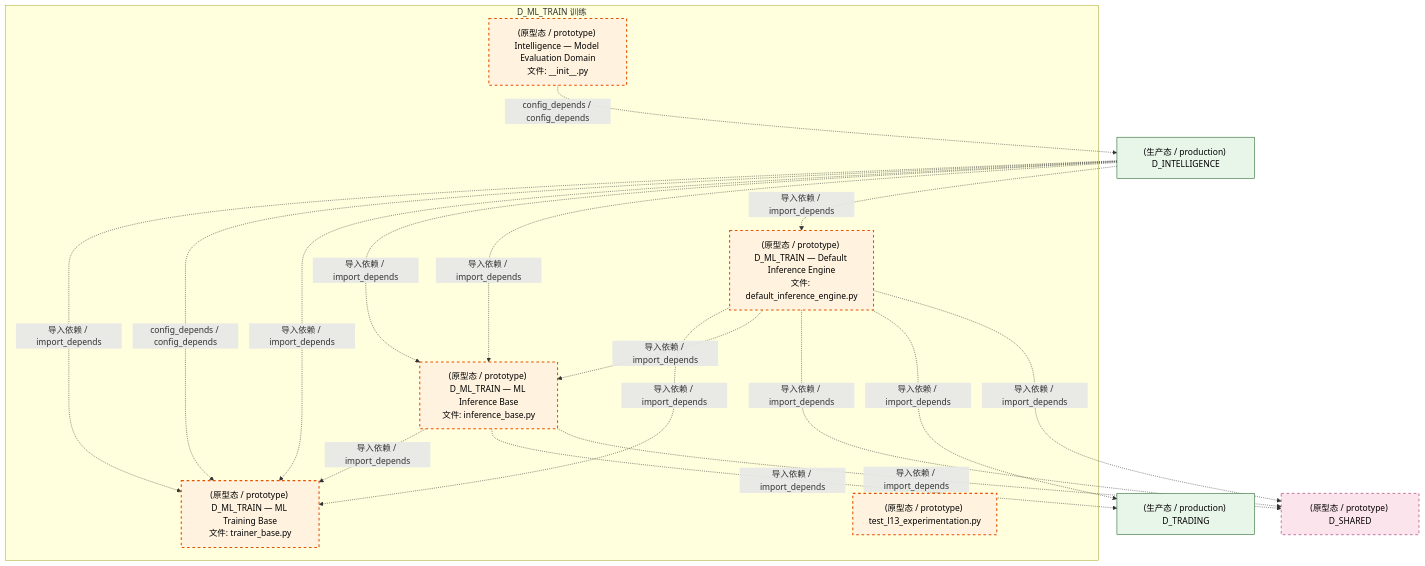
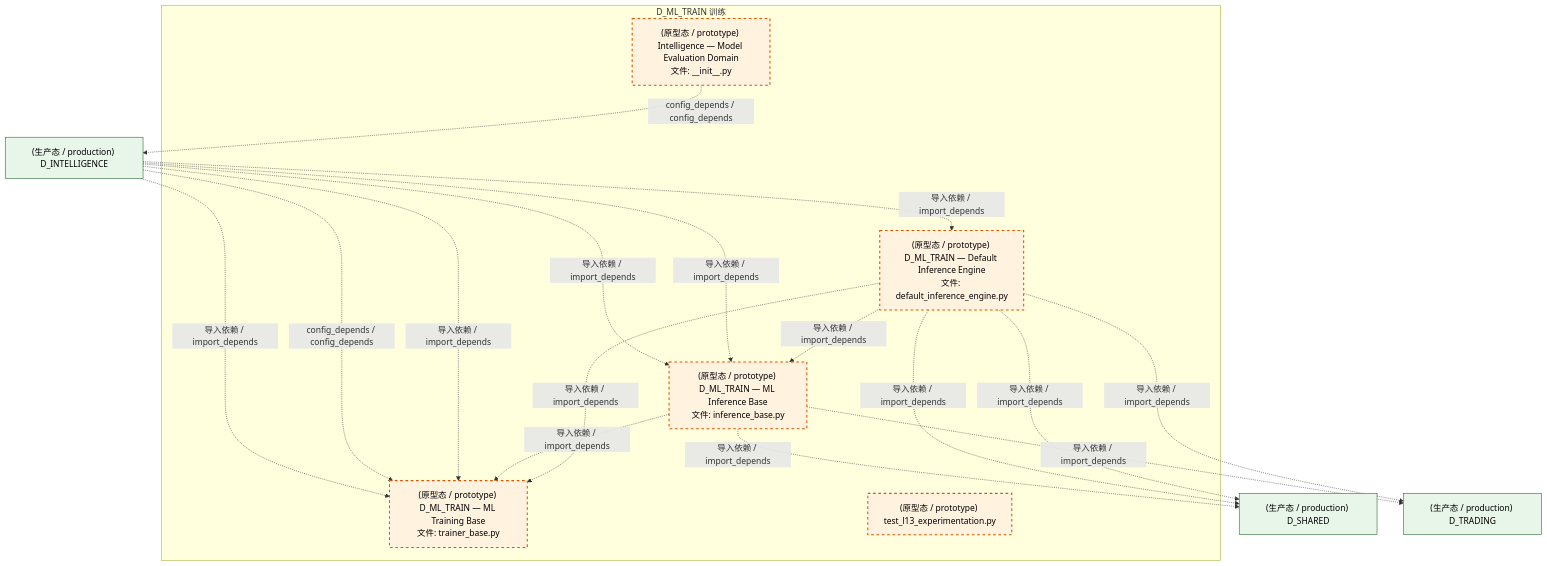
The third of 4 diagrams in docs/02_enterprise_architecture/02_domain_architecture_docs/50_d_ml_train.md (xuanFelixVan/ZephyrAlpha), drawn with Mermaid before and after one commit. The commit also changed other lines of this file and 126 other files, not shown here.

````diff
--- a/docs/02_enterprise_architecture/02_domain_architecture_docs/50_d_ml_train.md
+++ b/docs/02_enterprise_architecture/02_domain_architecture_docs/50_d_ml_train.md
@@ -137,35 +142,34 @@
 ```mermaid
 graph TD
     subgraph D_ML_TRAIN["D_ML_TRAIN 训练"]
         src_zephyr_intelligence_model_evaluation_init_py["(原型态 / prototype) Intelligence — Model Evaluation Domain<br/>文件: __init__.py"]
         src_zephyr_ml_train_implementations_default_inference_engine_py["(原型态 / prototype) D_ML_TRAIN — Default Inference Engine<br/>文件: default_inference_engine.py"]
         src_zephyr_ml_train_inference_base_py["(原型态 / prototype) D_ML_TRAIN — ML Inference Base<br/>文件: inference_base.py"]
         src_zephyr_ml_train_trainer_base_py["(原型态 / prototype) D_ML_TRAIN — ML Training Base<br/>文件: trainer_base.py"]
         tests_ml_experiment_test_l13_experimentation_py["(原型态 / prototype) test_l13_experimentation.py"]
     end
-    src_zephyr_ml_train_inference_base_py -.->|导入依赖 / import_depends| src_zephyr_ml_train_trainer_base_py
     src_zephyr_ml_train_implementations_default_inference_engine_py -.->|导入依赖 / import_depends| src_zephyr_ml_train_trainer_base_py
     src_zephyr_ml_train_implementations_default_inference_engine_py -.->|导入依赖 / import_depends| src_zephyr_ml_train_inference_base_py
+    src_zephyr_ml_train_inference_base_py -.->|导入依赖 / import_depends| src_zephyr_ml_train_trainer_base_py
     D_INTELLIGENCE["(生产态 / production) D_INTELLIGENCE"]
     src_zephyr_intelligence_model_evaluation_init_py -.->|config_depends / config_depends| D_INTELLIGENCE
+    D_SHARED["(生产态 / production) D_SHARED"]
+    src_zephyr_ml_train_implementations_default_inference_engine_py -.->|导入依赖 / import_depends| D_SHARED
     D_TRADING["(生产态 / production) D_TRADING"]
-    src_zephyr_ml_train_inference_base_py -.->|导入依赖 / import_depends| D_TRADING
-    D_SHARED["(原型态 / prototype) D_SHARED"]
-    src_zephyr_ml_train_inference_base_py -.->|导入依赖 / import_depends| D_SHARED
-    src_zephyr_ml_train_implementations_default_inference_engine_py -.->|导入依赖 / import_depends| D_SHARED
     src_zephyr_ml_train_implementations_default_inference_engine_py -.->|导入依赖 / import_depends| D_TRADING
     src_zephyr_ml_train_implementations_default_inference_engine_py -.->|导入依赖 / import_depends| D_SHARED
+    src_zephyr_ml_train_inference_base_py -.->|导入依赖 / import_depends| D_TRADING
+    src_zephyr_ml_train_inference_base_py -.->|导入依赖 / import_depends| D_SHARED
     D_INTELLIGENCE -.->|导入依赖 / import_depends| src_zephyr_ml_train_trainer_base_py
     D_INTELLIGENCE -.->|config_depends / config_depends| src_zephyr_ml_train_trainer_base_py
     D_INTELLIGENCE -.->|导入依赖 / import_depends| src_zephyr_ml_train_trainer_base_py
+    D_INTELLIGENCE -.->|导入依赖 / import_depends| src_zephyr_ml_train_implementations_default_inference_engine_py
     D_INTELLIGENCE -.->|导入依赖 / import_depends| src_zephyr_ml_train_inference_base_py
     D_INTELLIGENCE -.->|导入依赖 / import_depends| src_zephyr_ml_train_inference_base_py
-    D_INTELLIGENCE -.->|导入依赖 / import_depends| src_zephyr_ml_train_implementations_default_inference_engine_py
     classDef production fill:#e1f5fe,stroke:#01579b,stroke-width:2px,color:#000
     classDef design fill:#fff3e0,stroke:#e65100,stroke-width:2px,color:#000,stroke-dasharray: 5 5
     classDef external_prod fill:#e8f5e9,stroke:#1b5e20,stroke-width:1px,color:#000
     classDef external_design fill:#fce4ec,stroke:#880e4f,stroke-width:1px,color:#000,stroke-dasharray: 5 5
     class src_zephyr_intelligence_model_evaluation_init_py,src_zephyr_ml_train_implementations_default_inference_engine_py,src_zephyr_ml_train_inference_base_py,src_zephyr_ml_train_trainer_base_py,tests_ml_experiment_test_l13_experimentation_py design
-    class D_INTELLIGENCE,D_TRADING external_prod
-    class D_SHARED external_design
+    class D_INTELLIGENCE,D_SHARED,D_TRADING external_prod
 ```
````
